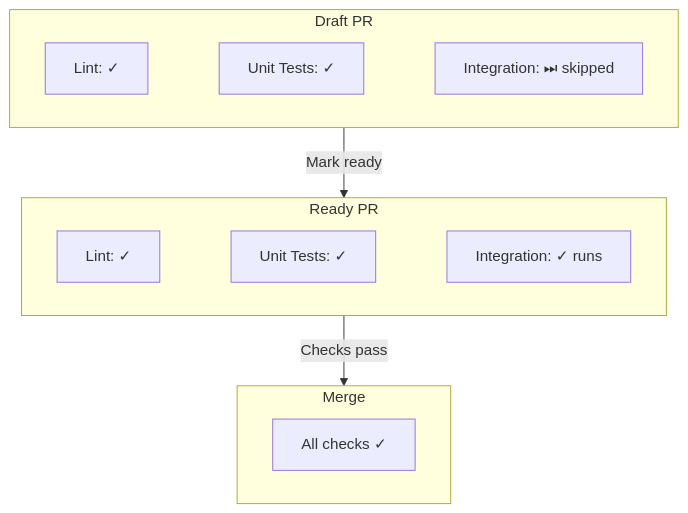
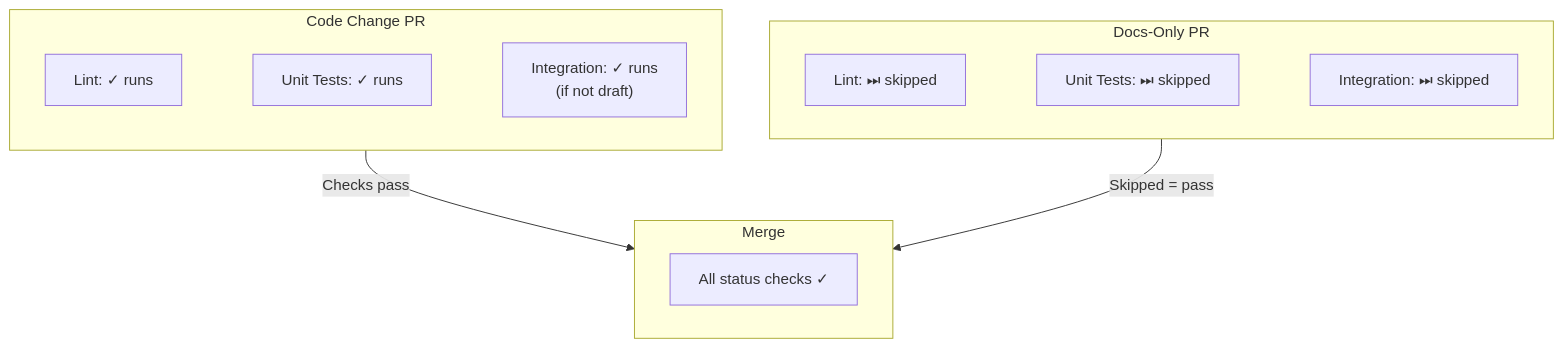
One commit to flaksit/pc-switcher changed the diagram in docs/ci-configuration.md. Above: the diagram before and after it, drawn with Mermaid. The commit also changed other lines of this file and 2 other files, not shown here.

````diff
--- a/docs/ci-configuration.md
+++ b/docs/ci-configuration.md
@@ -82,29 +98,29 @@
 ```mermaid
 flowchart TD
-    subgraph draft["Draft PR"]
-        d1["Lint: ✓"]
-        d2["Unit Tests: ✓"]
+    subgraph code_change["Code Change PR"]
+        c1["Lint: ✓ runs"]
+        c2["Unit Tests: ✓ runs"]
+        c3["Integration: ✓ runs<br/>(if not draft)"]
+
+        %% Layout constraint only (made invisible via `linkStyle` below).
+        c1 --> c2
+        c2 --> c3
+    end
+    subgraph docs_change["Docs-Only PR"]
+        d1["Lint: ⏭ skipped"]
+        d2["Unit Tests: ⏭ skipped"]
         d3["Integration: ⏭ skipped"]
 
         %% Layout constraint only (made invisible via `linkStyle` below).
         d1 --> d2
         d2 --> d3
     end
-    subgraph ready["Ready PR"]
-        r1["Lint: ✓"]
-        r2["Unit Tests: ✓"]
-        r3["Integration: ✓ runs"]
-
-        %% Layout constraint only (made invisible via `linkStyle` below).
-        r1 --> r2
-        r2 --> r3
+    subgraph merge["Merge"]
+        m1["All status checks ✓"]
     end
-    subgraph merge["Merge"]
-        m1["All checks ✓"]
-    end
-    draft -->|"Mark ready"| ready
-    ready -->|"Checks pass"| merge
+    code_change -->|"Checks pass"| merge
+    docs_change -->|"Skipped = pass"| merge
 
     %% Hide the internal layout-only links (the first 4 links in this diagram).
     linkStyle 0,1,2,3 stroke:transparent,stroke-width:0
 ```
````
